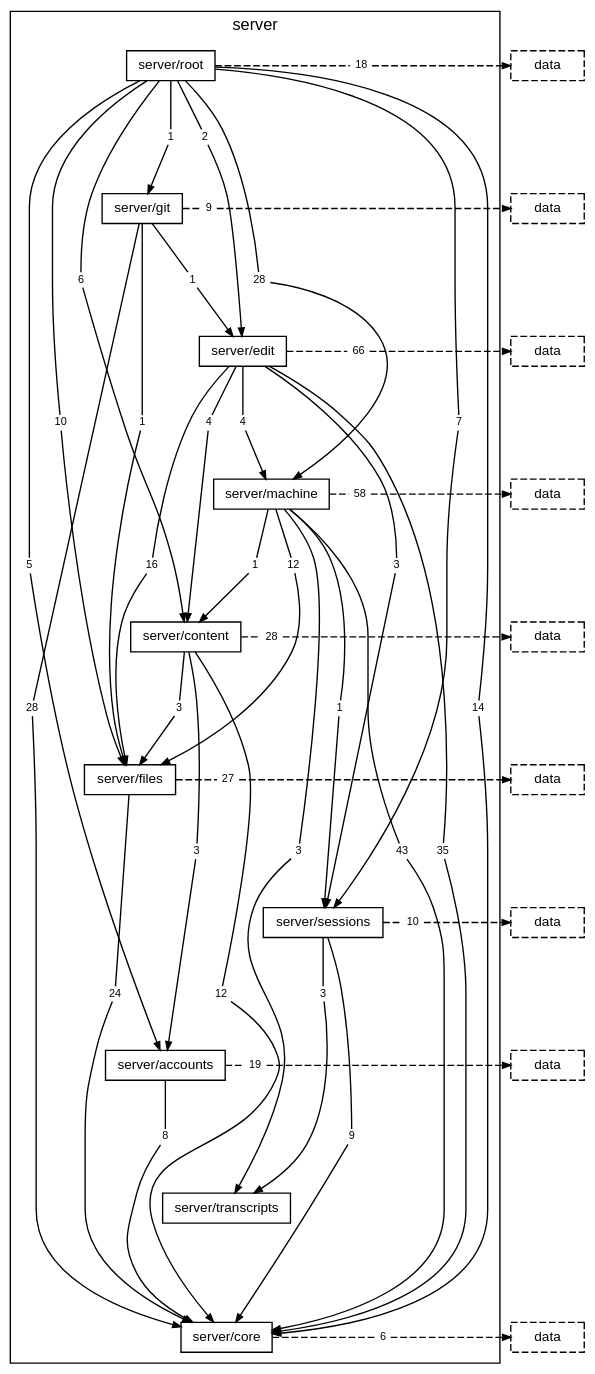
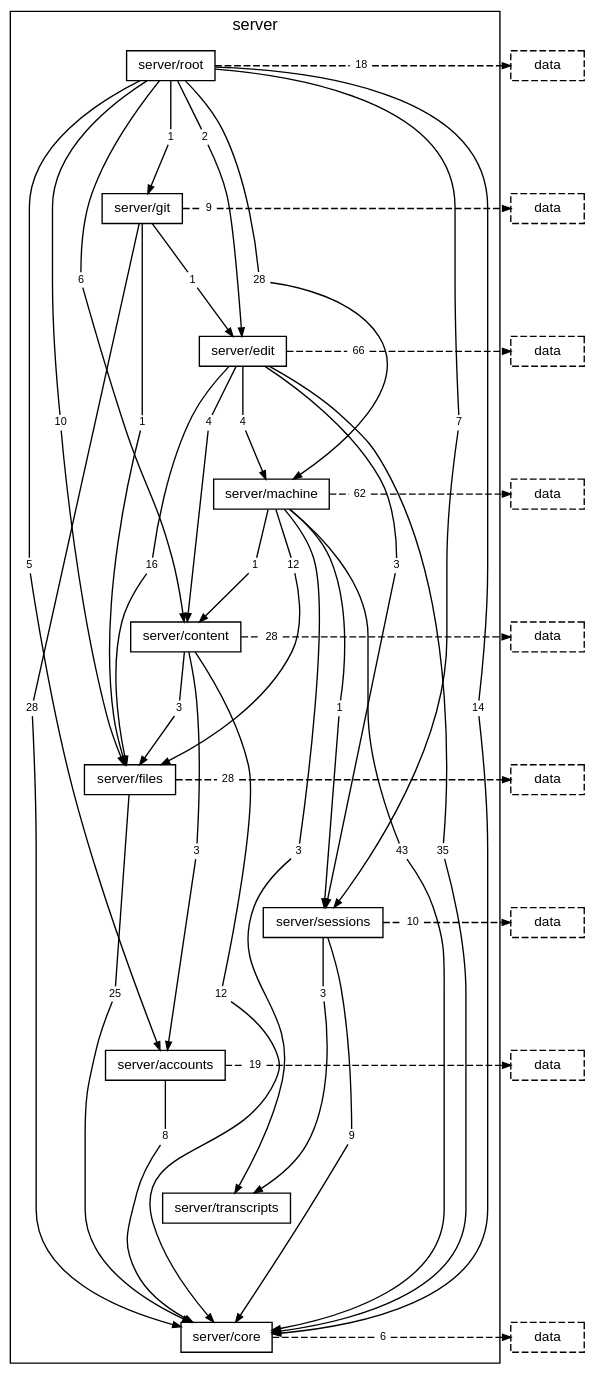
One commit to TheAxeC/oculus changed the diagram in docs/diagrams/layer-server.dot. Above: the diagram before and after it, drawn with Graphviz. The commit also changed 124 other files, not shown here.

```diff
--- a/docs/diagrams/layer-server.dot
+++ b/docs/diagrams/layer-server.dot
@@ -38,13 +38,13 @@
         "folder server/machine to folder server/files" [label="12", shape=box, color="transparent", fontsize=8, width=0, height=0, margin="0.04,0.02"];
         "folder server/machine to folder server/sessions" [label="1", shape=box, color="transparent", fontsize=8, width=0, height=0, margin="0.04,0.02"];
         "folder server/machine to folder server/transcripts" [label="3", shape=box, color="transparent", fontsize=8, width=0, height=0, margin="0.04,0.02"];
-        "folder server/machine to layer data" [label="58", shape=box, color="transparent", fontsize=8, width=0, height=0, margin="0.04,0.02"];
+        "folder server/machine to layer data" [label="62", shape=box, color="transparent", fontsize=8, width=0, height=0, margin="0.04,0.02"];
         "folder server/content to folder server/accounts" [label="3", shape=box, color="transparent", fontsize=8, width=0, height=0, margin="0.04,0.02"];
         "folder server/content to folder server/core" [label="12", shape=box, color="transparent", fontsize=8, width=0, height=0, margin="0.04,0.02"];
         "folder server/content to folder server/files" [label="3", shape=box, color="transparent", fontsize=8, width=0, height=0, margin="0.04,0.02"];
         "folder server/content to layer data" [label="28", shape=box, color="transparent", fontsize=8, width=0, height=0, margin="0.04,0.02"];
-        "folder server/files to folder server/core" [label="24", shape=box, color="transparent", fontsize=8, width=0, height=0, margin="0.04,0.02"];
-        "folder server/files to layer data" [label="27", shape=box, color="transparent", fontsize=8, width=0, height=0, margin="0.04,0.02"];
+        "folder server/files to folder server/core" [label="25", shape=box, color="transparent", fontsize=8, width=0, height=0, margin="0.04,0.02"];
+        "folder server/files to layer data" [label="28", shape=box, color="transparent", fontsize=8, width=0, height=0, margin="0.04,0.02"];
         "folder server/sessions to folder server/core" [label="9", shape=box, color="transparent", fontsize=8, width=0, height=0, margin="0.04,0.02"];
         "folder server/sessions to folder server/transcripts" [label="3", shape=box, color="transparent", fontsize=8, width=0, height=0, margin="0.04,0.02"];
         "folder server/sessions to layer data" [label="10", shape=box, color="transparent", fontsize=8, width=0, height=0, margin="0.04,0.02"];
```
